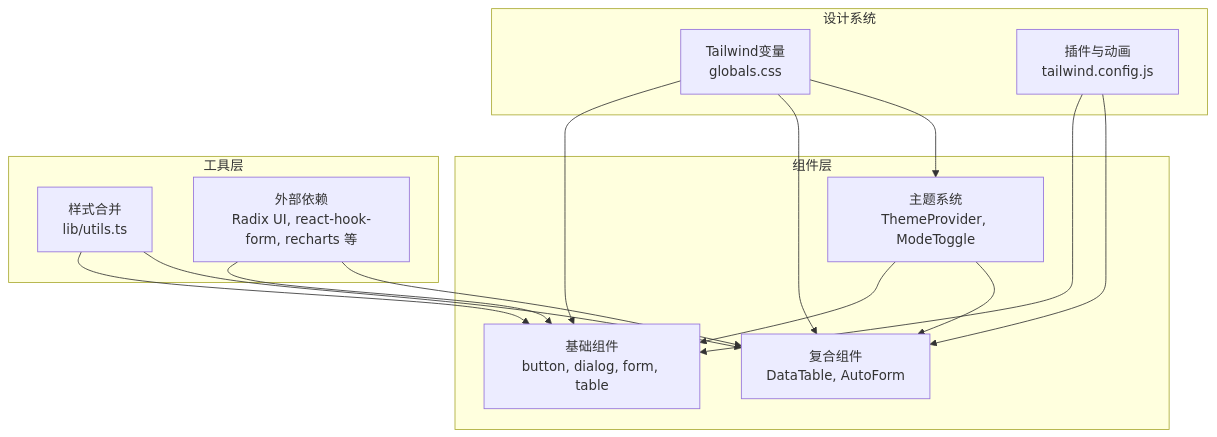
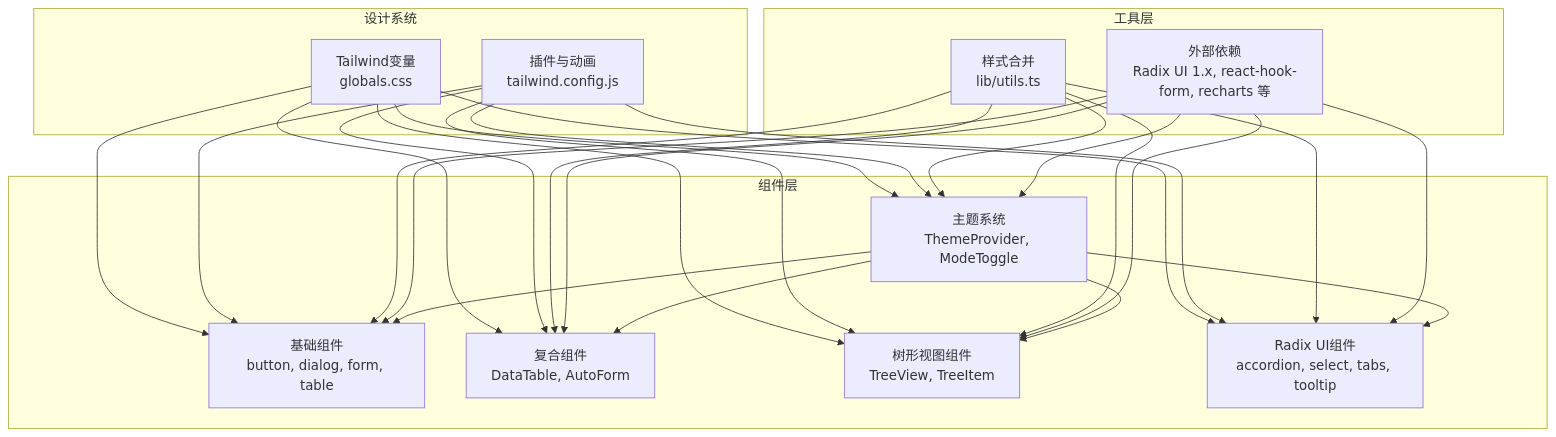
One commit to LRF0422/Kotion changed the second of 9 diagrams in .qoder/repowiki/zh/content/核心模块/UI组件库.md. Above: the diagram before and after it, drawn with Mermaid. The commit also changed other lines of this file and 75 other files, not shown here.

````diff
--- a/.qoder/repowiki/zh/content/核心模块/UI组件库.md
+++ b/.qoder/repowiki/zh/content/核心模块/UI组件库.md
@@ -106,27 +158,42 @@
 ```mermaid
 graph TB
 subgraph "设计系统"
 T["Tailwind变量<br/>globals.css"]
 P["插件与动画<br/>tailwind.config.js"]
 end
 subgraph "组件层"
 U["基础组件<br/>button, dialog, form, table"]
 V["复合组件<br/>DataTable, AutoForm"]
 W["主题系统<br/>ThemeProvider, ModeToggle"]
+X["树形视图组件<br/>TreeView, TreeItem"]
+Y["Radix UI组件<br/>accordion, select, tabs, tooltip"]
 end
 subgraph "工具层"
 L["样式合并<br/>lib/utils.ts"]
-R["外部依赖<br/>Radix UI, react-hook-form, recharts 等"]
+R["外部依赖<br/>Radix UI 1.x, react-hook-form, recharts 等"]
 end
 T --> U
 T --> V
 T --> W
+T --> X
+T --> Y
 P --> U
 P --> V
+P --> W
+P --> X
+P --> Y
 L --> U
 L --> V
+L --> W
+L --> X
+L --> Y
 R --> U
 R --> V
+R --> W
+R --> X
+R --> Y
 W --> U
 W --> V
+W --> X
+W --> Y
 ```
````
